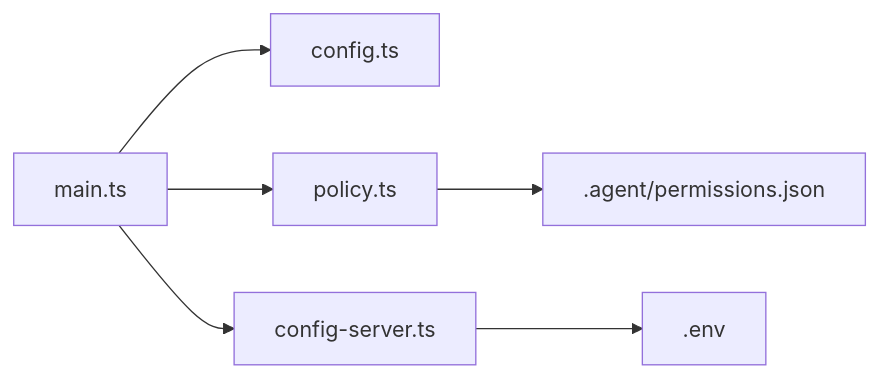
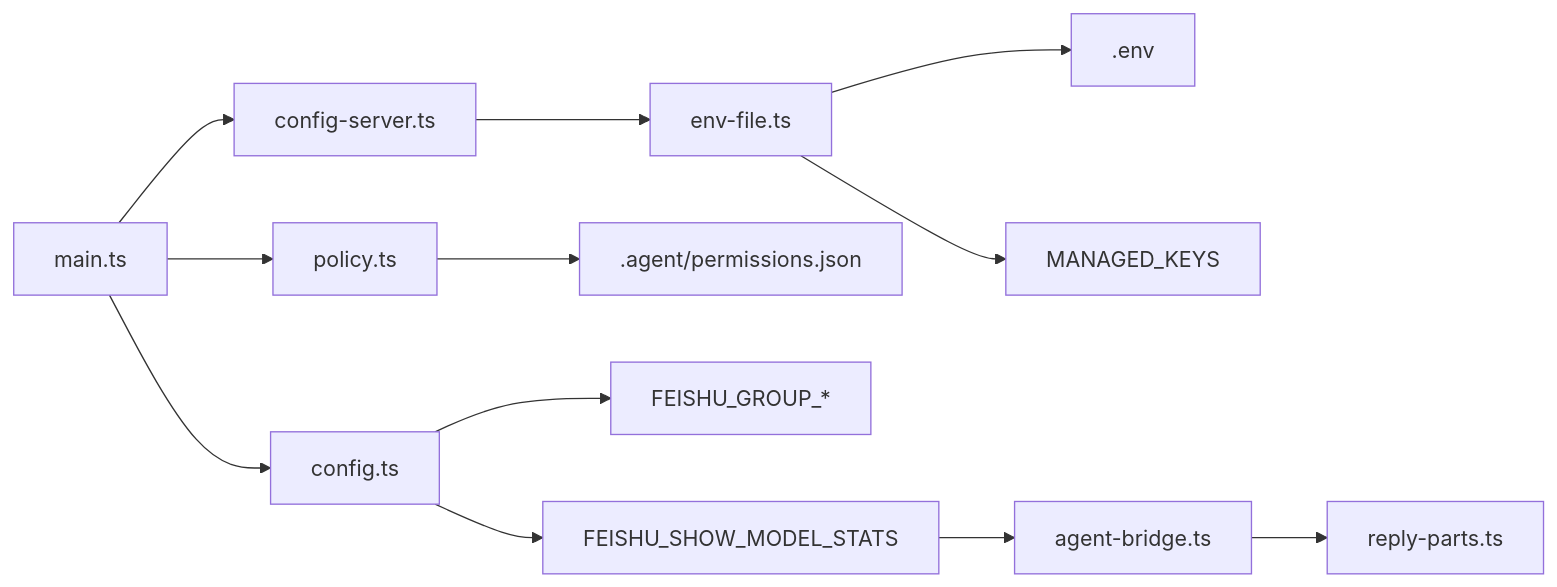
The third of 3 diagrams in .qoder/repowiki/zh/content/配置管理.md (HeXiaoShu520/feishu-pi), drawn with Mermaid before and after one commit. The commit also changed other lines of this file and 47 other files, not shown here.

````diff
--- a/.qoder/repowiki/zh/content/配置管理.md
+++ b/.qoder/repowiki/zh/content/配置管理.md
@@ -253,8 +348,14 @@
 ```mermaid
 graph LR
 M["main.ts"] --> C["config.ts"]
 M --> P["policy.ts"]
 M --> CS["config-server.ts"]
-CS --> FS[".env"]
+CS --> EF["env-file.ts"]
+EF --> ENV[".env"]
+EF --> MK["MANAGED_KEYS"]
 P --> PF[".agent/permissions.json"]
+C --> FE["FEISHU_GROUP_*"]
+C --> SM["FEISHU_SHOW_MODEL_STATS"]
+SM --> AB["agent-bridge.ts"]
+AB --> RP["reply-parts.ts"]
 ```
````
